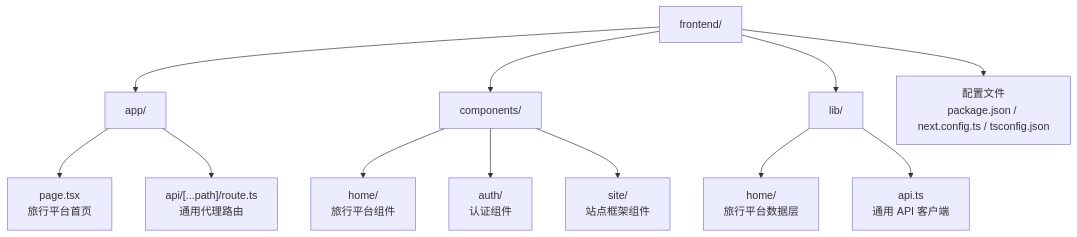
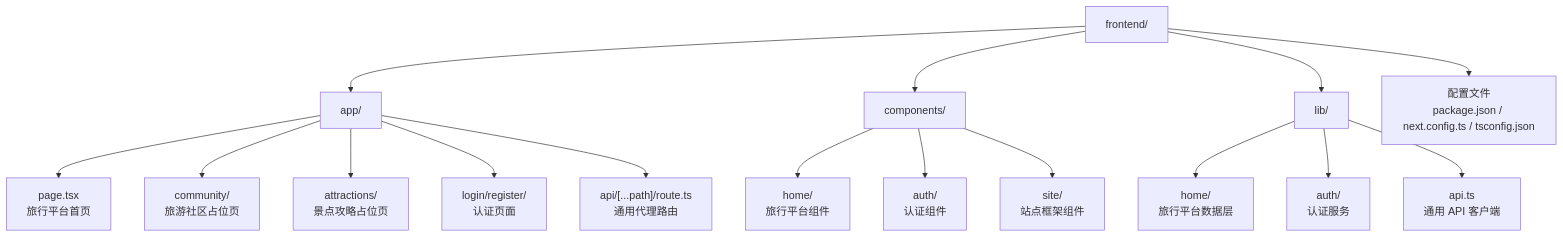
The first of 11 diagrams in .qoder/repowiki/zh/content/前端开发/前端开发.md (luyitiger6/my-first-project), drawn with Mermaid before and after one commit. The commit also changed other lines of this file and 35 other files, not shown here.

````diff
--- a/.qoder/repowiki/zh/content/前端开发/前端开发.md
+++ b/.qoder/repowiki/zh/content/前端开发/前端开发.md
@@ -70,14 +79,18 @@
 ```mermaid
 graph TB
 A["frontend/"] --> B["app/"]
 A --> C["components/"]
 A --> D["lib/"]
 A --> E["配置文件<br/>package.json / next.config.ts / tsconfig.json"]
 B --> B1["page.tsx<br/>旅行平台首页"]
-B --> B2["api/[...path]/route.ts<br/>通用代理路由"]
+B --> B2["community/<br/>旅游社区占位页"]
+B --> B3["attractions/<br/>景点攻略占位页"]
+B --> B4["login/register/<br/>认证页面"]
+B --> B5["api/[...path]/route.ts<br/>通用代理路由"]
 C --> C1["home/<br/>旅行平台组件"]
 C --> C2["auth/<br/>认证组件"]
 C --> C3["site/<br/>站点框架组件"]
 D --> D1["home/<br/>旅行平台数据层"]
-D --> D2["api.ts<br/>通用 API 客户端"]
+D --> D2["auth/<br/>认证服务"]
+D --> D3["api.ts<br/>通用 API 客户端"]
 ```
````
